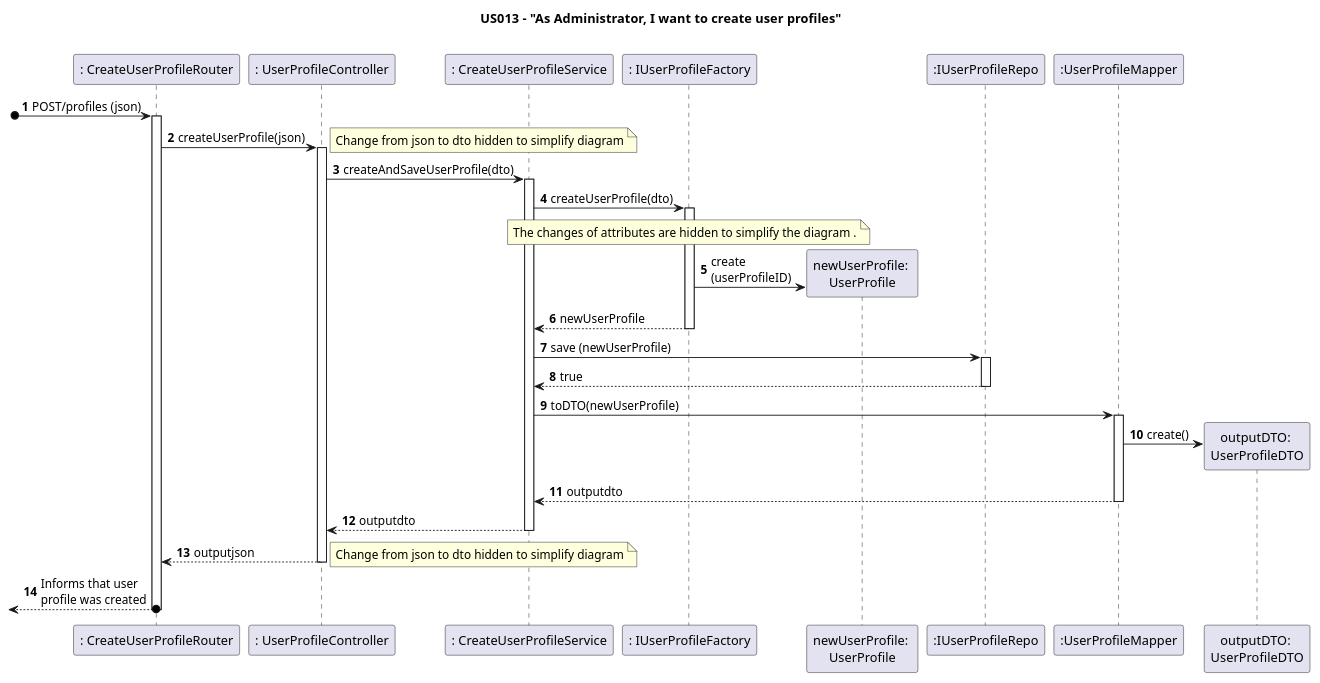
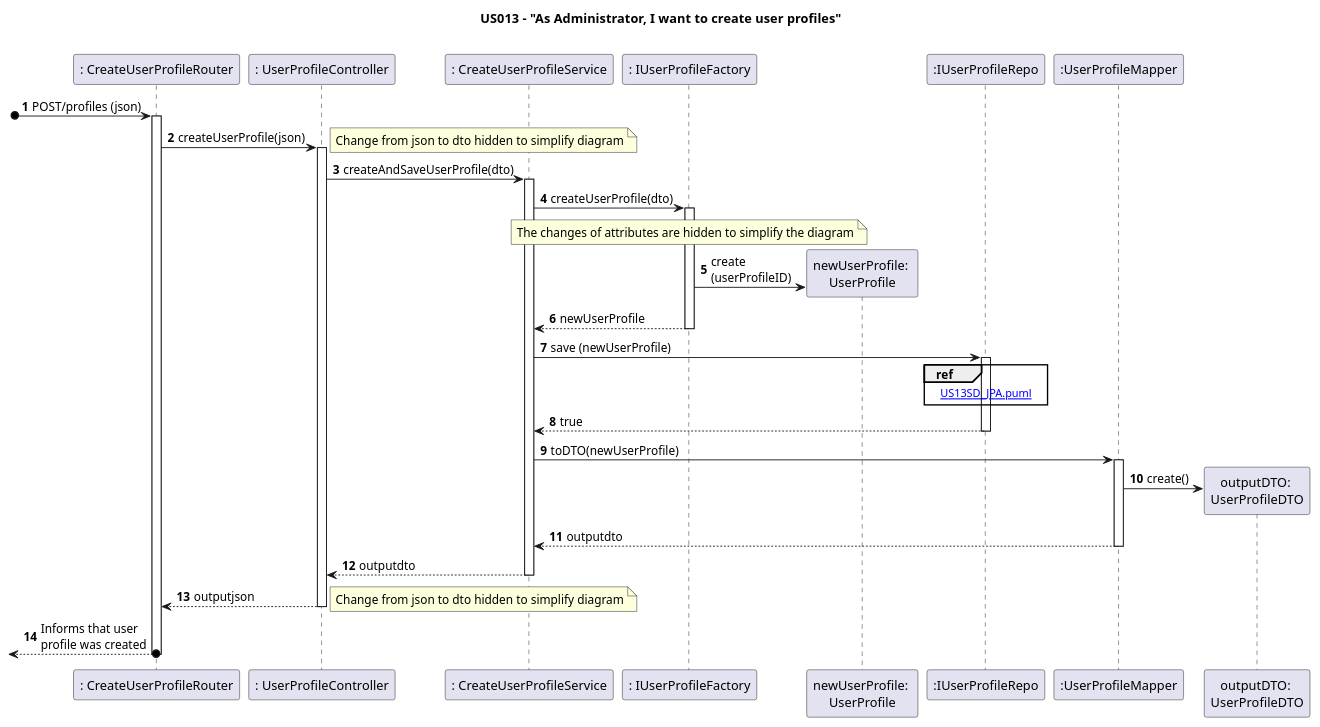
One commit to nunogon1211787/projectManagement changed the diagram in docs/Sprint1/US013/US13-SD-DDD.puml. Above: the diagram before and after it, drawn with PlantUML. The commit also changed 9 other files, not shown here.

```diff
--- a/docs/Sprint1/US013/US13-SD-DDD.puml
+++ b/docs/Sprint1/US013/US13-SD-DDD.puml
@@ -1,56 +1,57 @@
 @startuml
 'https://plantuml.com/sequence-diagram
 
 autoactivate on
 autonumber
 
 title US013 - "As Administrator, I want to create user profiles"
 participant ": CreateUserProfileRouter" as System
 participant ": UserProfileController" as Ctrl
 participant ": CreateUserProfileService" as C1
 participant ": IUserProfileFactory" as C3
 'participant ":UserProfileDTO" as C2
 'participant ":IUserProfileIDFactory" as iFactory
 'participant "userProfileID:UserProfileID" as C4
 participant "newUserProfile: \nUserProfile" as newUserProfile
 participant ":IUserProfileRepo" as C5
 participant ":UserProfileMapper" as C6
 participant "outputDTO: \nUserProfileDTO" as C2.1
 
 
 [o-> System: POST/profiles (json)
 System -> Ctrl: createUserProfile(json)
 note right
 Change from json to dto hidden to simplify diagram
 end note
 Ctrl -> C1: createAndSaveUserProfile(dto)
 C1 -> C3: createUserProfile(dto)
-note over C3 : The changes of attributes are hidden to simplify the diagram .
+note over C3 : The changes of attributes are hidden to simplify the diagram
 'C3 -> C2 : name = getUserProfileName()
 'deactivate
 'C3 -> iFactory: create(name)
 'iFactory -> C4 **: create()
 'iFactory --> C3: userProfileID
 C3 -> newUserProfile **: create\n(userProfileID)
 return newUserProfile
 C1 -> C5 : save (newUserProfile)
+ref over C5: [[US13SD_JPA.puml]]
 'C5 -> C5 : existsByDescription(userProfileName)
 'deactivate
 'C5 -> C5 : add(userProfileName)
 'deactivate
 return true
 C1 -> C6: toDTO(newUserProfile)
 C6 -> C2.1 **: create()
 return outputdto
 return outputdto
 return outputjson
 note right
 Change from json to dto hidden to simplify diagram
 end note
 return Informs that user \nprofile was created
 
 
 
 
 
 @enduml
```
